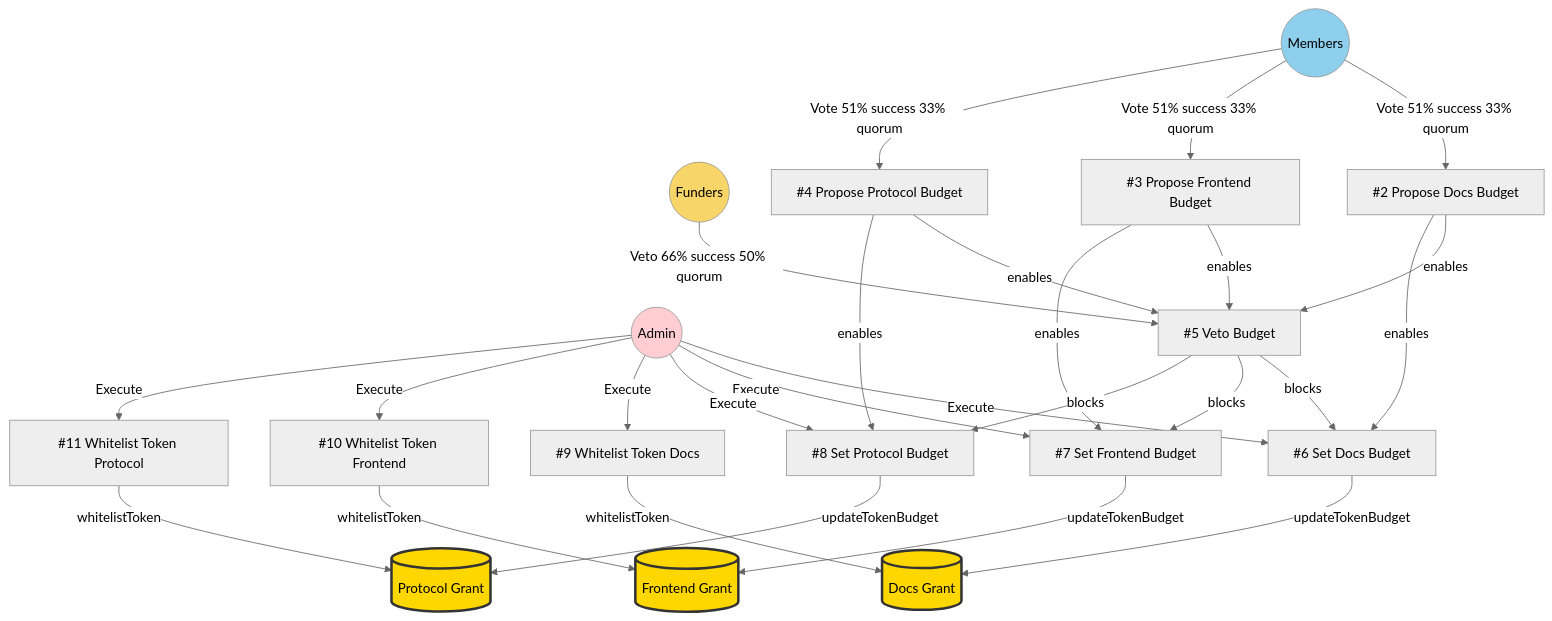
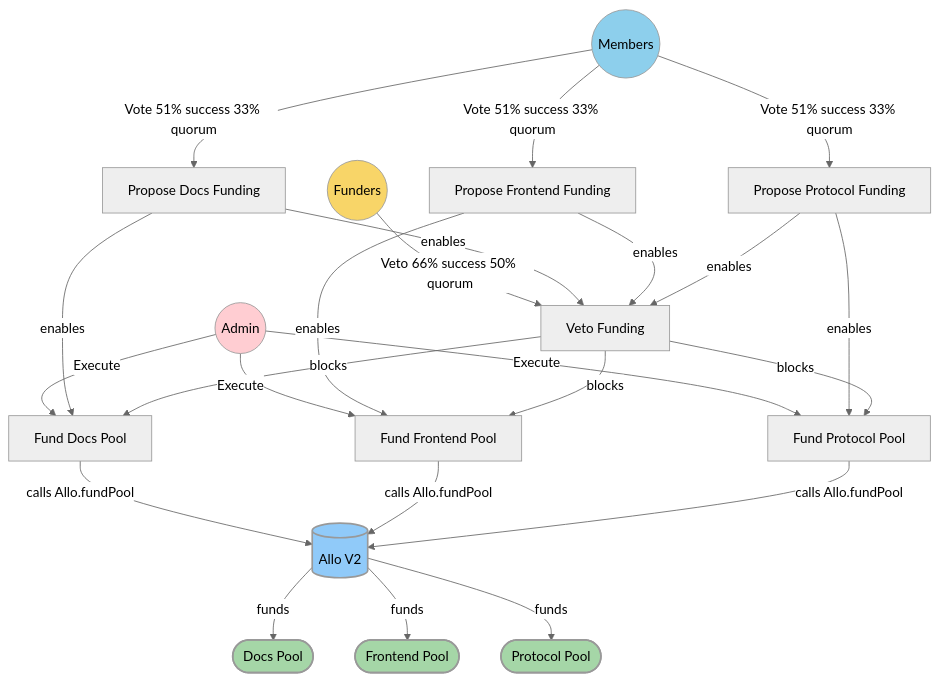
One commit to 7Cedars/powers changed the first of 6 diagrams in frontend/organisations/specs/powerBaseSpec.md. Above: the diagram before and after it, drawn with Mermaid (neutral theme). The commit also changed other lines of this file and 139 other files, not shown here.

````diff
--- a/frontend/organisations/specs/powerBaseSpec.md
+++ b/frontend/organisations/specs/powerBaseSpec.md
@@ -138,54 +138,47 @@
 ```mermaid
-flowchart TB
-    RM(( Members )):::user0
-    RF(( Funders )):::user1
-    RAdmin(( Admin )):::user5
-    
-    DocsGrant[(Docs Grant)]:::contract
-    FrontendGrant[(Frontend Grant)]:::contract
-    ProtocolGrant[(Protocol Grant)]:::contract
+flowchart TB  
+    RM(( Members )):::user0  
+    RF(( Funders )):::user1  
+    RAdmin(( Admin )):::user5  
+      
+    Allo[(Allo V2)]:::contract  
+    DocsPool([Docs Pool]):::pool  
+    FrontendPool([Frontend Pool]):::pool  
+    ProtocolPool([Protocol Pool]):::pool
 
-    A1[#2 Propose Docs Budget]
-    A2[#3 Propose Frontend Budget]
-    A3[#4 Propose Protocol Budget]
-    B[#5 Veto Budget]
-    C1[#6 Set Docs Budget]
-    C2[#7 Set Frontend Budget]
-    C3[#8 Set Protocol Budget]
-    D1[#9 Whitelist Token Docs]
-    D2[#10 Whitelist Token Frontend]
-    D3[#11 Whitelist Token Protocol]
+    A1[Propose Docs Funding]  
+    A2[Propose Frontend Funding]  
+    A3[Propose Protocol Funding]  
+    B[Veto Funding]  
+    C1[Fund Docs Pool]  
+    C2[Fund Frontend Pool]  
+    C3[Fund Protocol Pool]
 
-    RM -- Vote 51% success 33% quorum --> A1
-    RM -- Vote 51% success 33% quorum --> A2
-    RM -- Vote 51% success 33% quorum --> A3
-    RF -- Veto 66% success 50% quorum --> B
-    RAdmin -- Execute --> C1
-    RAdmin -- Execute --> C2
+    RM -- Vote 51% success 33% quorum --> A1  
+    RM -- Vote 51% success 33% quorum --> A2  
+    RM -- Vote 51% success 33% quorum --> A3  
+    RF -- Veto 66% success 50% quorum --> B  
+    RAdmin -- Execute --> C1  
+    RAdmin -- Execute --> C2  
     RAdmin -- Execute --> C3
-    RAdmin -- Execute --> D1
-    RAdmin -- Execute --> D2
-    RAdmin -- Execute --> D3
 
-    A1 -- enables --> B
-    A2 -- enables --> B
-    A3 -- enables --> B
-    A1 -- enables --> C1
-    A2 -- enables --> C2
-    A3 -- enables --> C3
-    B -- blocks --> C1
-    B -- blocks --> C2
-    B -- blocks --> C3
-    
-    C1 -- updateTokenBudget --> DocsGrant
-    C2 -- updateTokenBudget --> FrontendGrant
-    C3 -- updateTokenBudget --> ProtocolGrant
-    D1 -- whitelistToken --> DocsGrant
-    D2 -- whitelistToken --> FrontendGrant
-    D3 -- whitelistToken --> ProtocolGrant
+    A1 -- enables --> B  
+    A2 -- enables --> B  
+    A3 -- enables --> B  
+    A1 -- enables --> C1  
+    A2 -- enables --> C2  
+    A3 -- enables --> C3  
+    B -- blocks --> C1  
+    B -- blocks --> C2  
+    B -- blocks --> C3  
+      
+    C1 -- calls Allo.fundPool --> Allo -- funds --> DocsPool  
+    C2 -- calls Allo.fundPool --> Allo -- funds --> FrontendPool  
+    C3 -- calls Allo.fundPool --> Allo -- funds --> ProtocolPool
 
-    classDef user0 fill:#8dcfec
-    classDef user1 fill:#f8d568
-    classDef user5 fill:#ffcdd2
-    classDef contract fill:#ffd700,stroke:#333,stroke-width:3px
+    classDef user0 fill:#8dcfec  
+    classDef user1 fill:#f8d568  
+    classDef user5 fill:#ffcdd2  
+    classDef contract fill:#90caf9,stroke:\#333,stroke-width:2px  
+    classDef pool fill:#a5d6a7,stroke:\#333,stroke-width:2px
 ```
````
